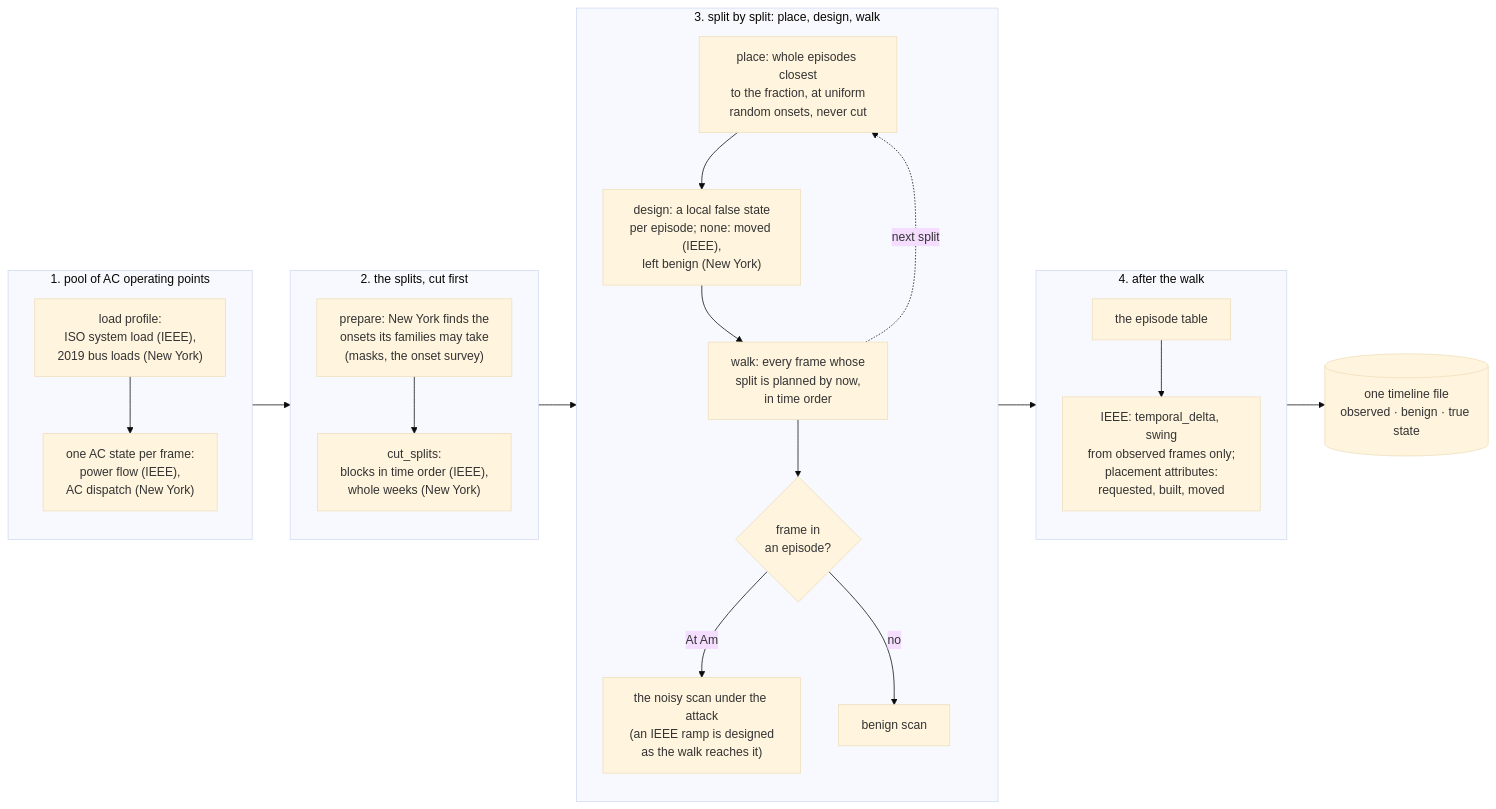
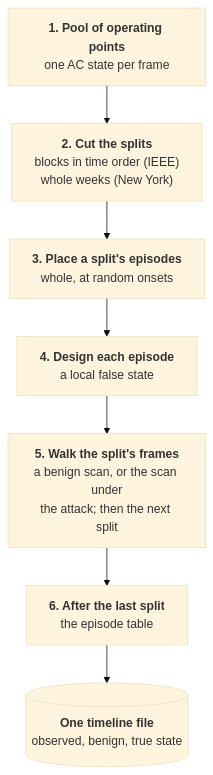
One commit to myersben9/fdia-graph changed the diagram in docs/figures/diagrams/generation_flow.mmd. Above: the diagram before and after it, drawn with Mermaid (base theme). The commit also changed 49 other files, not shown here.

First line of the commit message:
Docs: a landing page that says what the project is, and diagrams a phone can read (#256)

```diff
--- a/docs/figures/diagrams/generation_flow.mmd
+++ b/docs/figures/diagrams/generation_flow.mmd
@@ -1,20 +1,19 @@
-flowchart LR
-    subgraph pool["1. pool of AC operating points"]
-        p1["load profile:<br/>ISO system load (IEEE),<br/>2019 bus loads (New York)"] --> p3["one AC state per frame:<br/>power flow (IEEE),<br/>AC dispatch (New York)"]
-    end
-    subgraph plan["2. the splits, cut first"]
-        s0["prepare: New York finds the<br/>onsets its families may take<br/>(masks, the onset survey)"] --> s1["cut_splits:<br/>blocks in time order (IEEE),<br/>whole weeks (New York)"]
-    end
-    subgraph loop["3. split by split: place, design, walk"]
-        l1["place: whole episodes closest<br/>to the fraction, at uniform<br/>random onsets, never cut"] --> l2["design: a local false state<br/>per episode; none: moved (IEEE),<br/>left benign (New York)"]
-        l2 --> l3["walk: every frame whose<br/>split is planned by now,<br/>in time order"]
-        l3 --> w2{"frame in<br/>an episode?"}
-        w2 -- "At Am" --> w3["the noisy scan under the attack<br/>(an IEEE ramp is designed<br/>as the walk reaches it)"]
-        w2 -- no --> w5[benign scan]
-        l3 -. "next split" .-> l1
-    end
-    subgraph after["4. after the walk"]
-        a1["the episode table"] --> a2["IEEE: temporal_delta, swing<br/>from observed frames only;<br/>placement attributes:<br/>requested, built, moved"]
-    end
-    pool --> plan --> loop --> after
-    after --> f[("one timeline file<br/>observed · benign · true state")]
+flowchart TB
+    pool["`**1. Pool of operating points**
+    one AC state per frame`"]
+    cut["`**2. Cut the splits**
+    blocks in time order (IEEE)
+    whole weeks (New York)`"]
+    place["`**3. Place a split's episodes**
+    whole, at random onsets`"]
+    design["`**4. Design each episode**
+    a local false state`"]
+    walk["`**5. Walk the split's frames**
+    a benign scan, or the scan under
+    the attack; then the next split`"]
+    after["`**6. After the last split**
+    the episode table`"]
+    file[("`**One timeline file**
+    observed, benign, true state`")]
+    pool --> cut --> place --> design --> walk
+    walk --> after --> file
```
